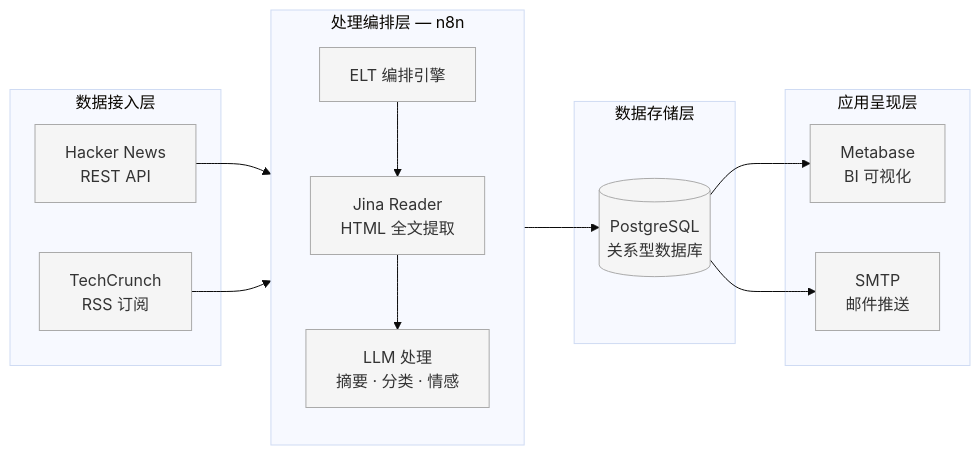
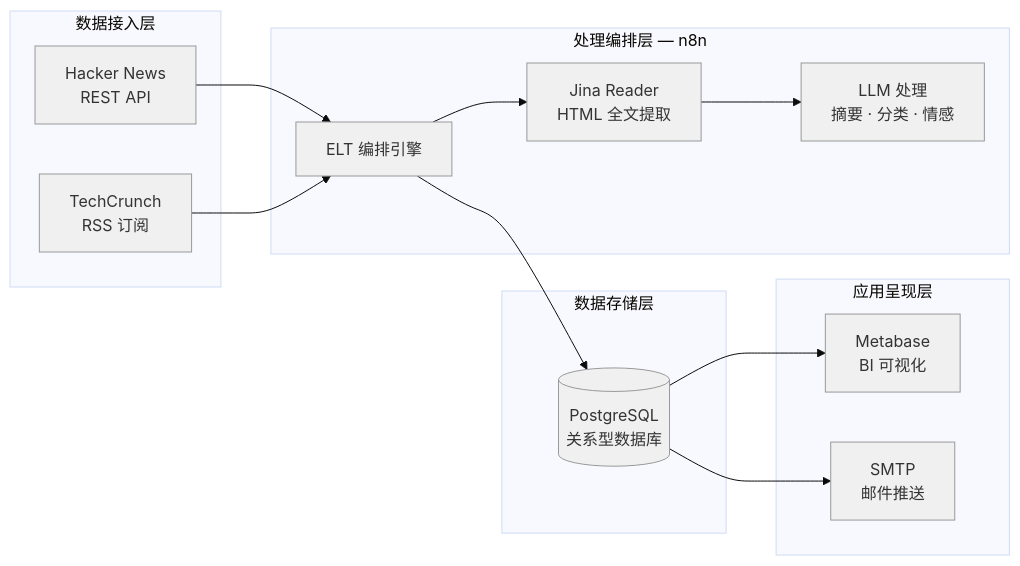
The diagram in README.md (Trainingdlu/TechNews_Intelligence), drawn with Mermaid (base theme) before and after one commit.

````diff
--- a/README.md
+++ b/README.md
@@ -16,33 +16,37 @@
 ```mermaid
 flowchart LR
+    HN["Hacker News<br/>REST API"]
+    TC["TechCrunch<br/>RSS 订阅"]
+    ELT["ELT 编排引擎"]
+    JINA["Jina Reader<br/>HTML 全文提取"]
+    LLM["LLM 处理<br/>摘要 · 分类 · 情感"]
+    PG[("PostgreSQL<br/>关系型数据库")]
+    MB["Metabase<br/>BI 可视化"]
+    SMTP["SMTP<br/>邮件推送"]
+
     subgraph Sources [数据接入层]
-        HN[Hacker News<br/>REST API]
-        TC[TechCrunch<br/>RSS 订阅]
+        HN
+        TC
     end
 
     subgraph Pipeline [处理编排层 — n8n]
-        direction TB
-        ELT[ELT 编排引擎]
-        JINA[Jina Reader<br/>HTML 全文提取]
-        LLM[LLM 处理<br/>摘要 · 分类 · 情感]
         ELT --> JINA --> LLM
     end
 
     subgraph Storage [数据存储层]
-        PG[(PostgreSQL<br/>关系型数据库)]
+        PG
     end
 
     subgraph Apps [应用呈现层]
-        MB[Metabase<br/>BI 可视化]
-        SMTP[SMTP<br/>邮件推送]
+        MB
+        SMTP
     end
 
     HN --> ELT
     TC --> ELT
     ELT --> PG
     PG --> MB
     PG --> SMTP
 
-    classDef default fill:#f5f5f5,stroke:#aaa,stroke-width:1px,color:#333
-    classDef container fill:#fafafa,stroke:#bbb
+    classDef default fill:#f0f0f0,stroke:#999,stroke-width:1px,color:#333
 ```
````
